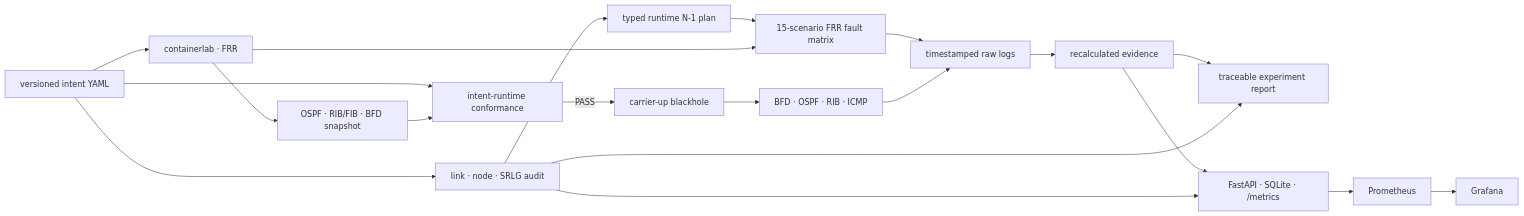
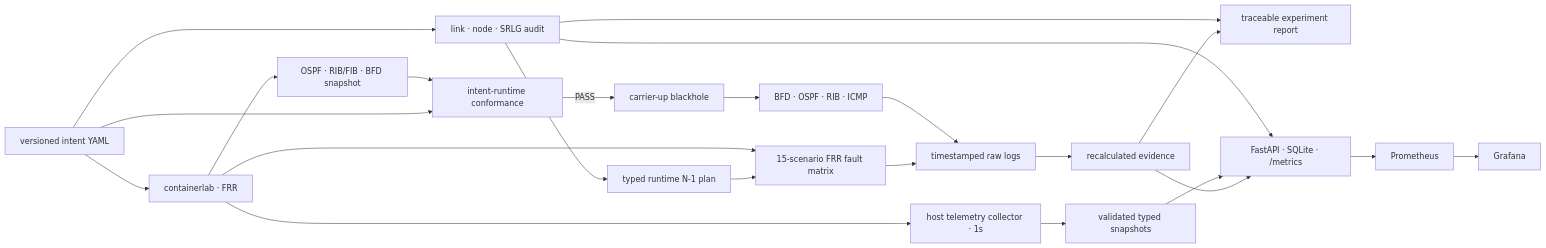
Before and after one commit to teriyakki-jin/telconet-sentinel: the diagram in README.md, drawn with Mermaid. The commit also changed other lines of this file and 24 other files, not shown here.

````diff
--- a/README.md
+++ b/README.md
@@ -228,22 +229,25 @@
 ```mermaid
 flowchart LR
     INTENT["versioned intent YAML"] --> LAB["containerlab · FRR"]
     INTENT --> AUDIT["link · node · SRLG audit"]
     AUDIT --> PLAN["typed runtime N-1 plan"]
     INTENT --> PREFLIGHT["intent-runtime conformance"]
     LAB --> SNAPSHOT["OSPF · RIB/FIB · BFD snapshot"]
     SNAPSHOT --> PREFLIGHT
     PREFLIGHT -->|PASS| FAULT["carrier-up blackhole"]
     PLAN --> MATRIX["15-scenario FRR fault matrix"]
     LAB --> MATRIX
     MATRIX --> RAW
     FAULT --> OBSERVE["BFD · OSPF · RIB · ICMP"]
     OBSERVE --> RAW["timestamped raw logs"]
+    LAB --> TELEMETRY["host telemetry collector · 1s"]
+    TELEMETRY --> SNAPSHOTS["validated typed snapshots"]
     RAW --> EVIDENCE["recalculated evidence"]
     EVIDENCE --> REPORT["traceable experiment report"]
     EVIDENCE --> API["FastAPI · SQLite · /metrics"]
+    SNAPSHOTS --> API
     AUDIT --> REPORT
     AUDIT --> API
     API --> PROM["Prometheus"]
     PROM --> GRAFANA["Grafana"]
 ```
````
